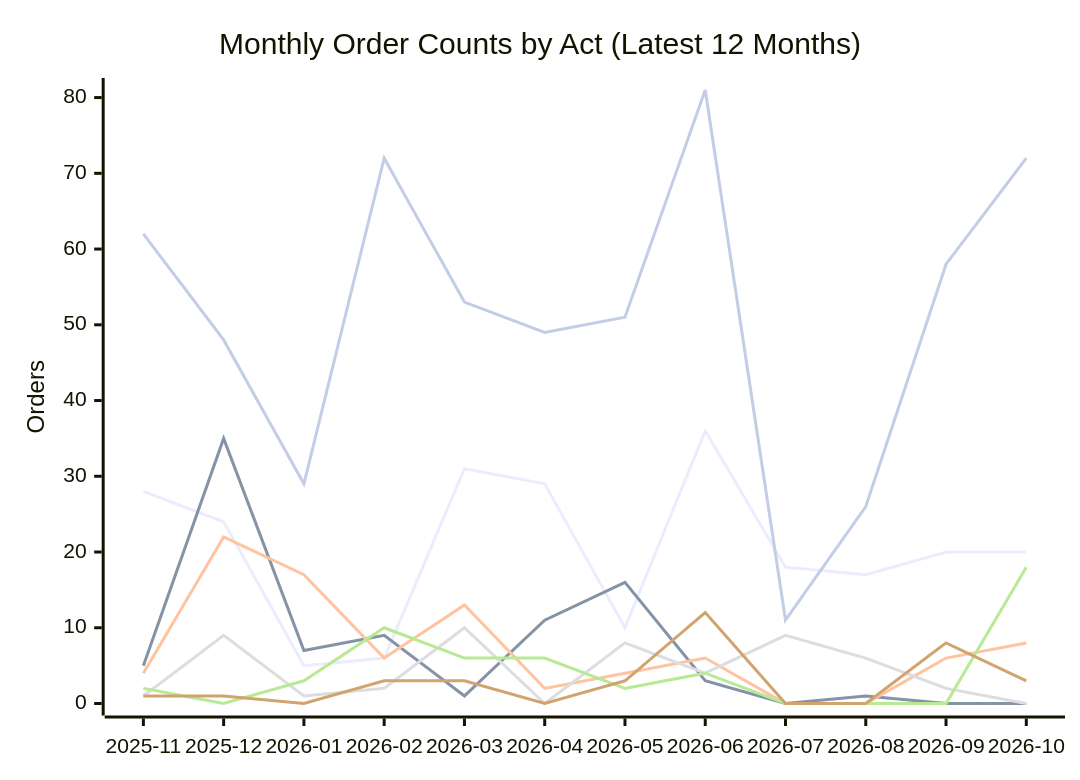
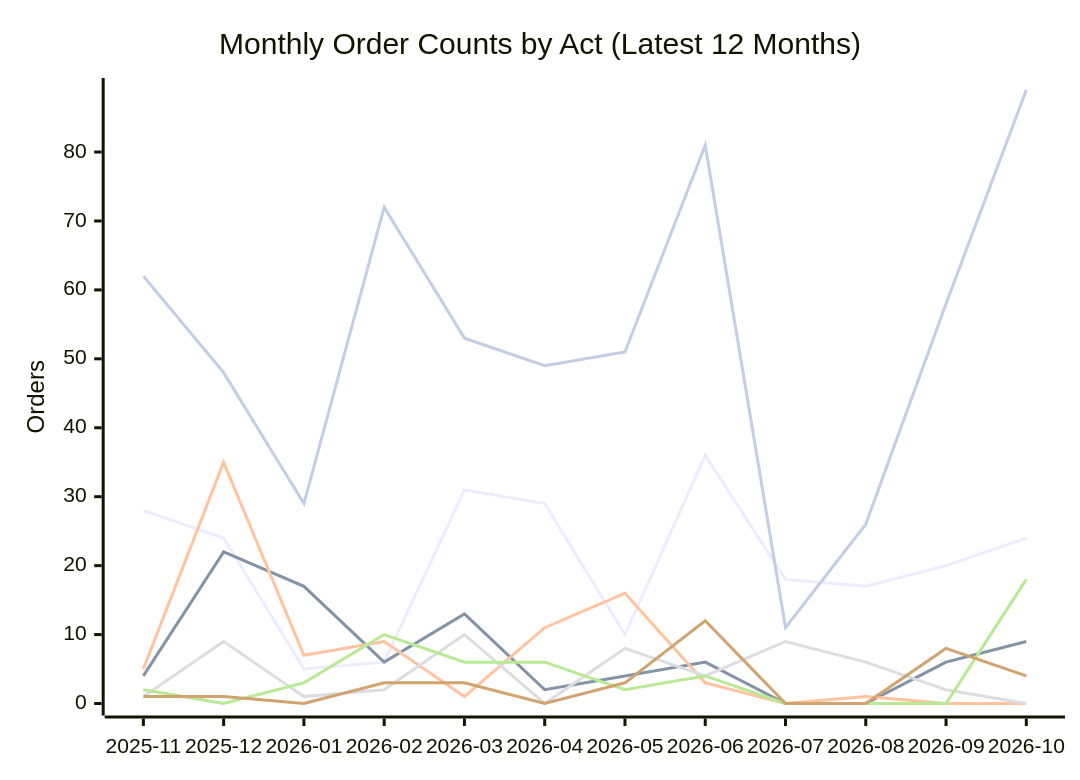
Before and after one commit to PatLittle/oic-data: the second of 2 diagrams in README.md, drawn with Mermaid. The commit also changed other lines of this file and 47 other files, not shown here.

````diff
--- a/README.md
+++ b/README.md
@@ -71,13 +71,13 @@
 ```mermaid
 xychart-beta
     title "Monthly Order Counts by Act (Latest 12 Months)"
     x-axis ["2025-11", "2025-12", "2026-01", "2026-02", "2026-03", "2026-04", "2026-05", "2026-06", "2026-07", "2026-08", "2026-09", "2026-10"]
-    y-axis "Orders" 0 --> 81
-    line [28, 24, 5, 6, 31, 29, 10, 36, 18, 17, 20, 20]
+    y-axis "Orders" 0 --> 89
+    line [28, 24, 5, 6, 31, 29, 10, 36, 18, 17, 20, 24]
+    line [4, 22, 17, 6, 13, 2, 4, 6, 0, 0, 6, 9]
     line [5, 35, 7, 9, 1, 11, 16, 3, 0, 1, 0, 0]
-    line [4, 22, 17, 6, 13, 2, 4, 6, 0, 0, 6, 8]
     line [1, 9, 1, 2, 10, 0, 8, 4, 9, 6, 2, 0]
     line [2, 0, 3, 10, 6, 6, 2, 4, 0, 0, 0, 18]
-    line [1, 1, 0, 3, 3, 0, 3, 12, 0, 0, 8, 3]
-    line [62, 48, 29, 72, 53, 49, 51, 81, 11, 26, 58, 72]
+    line [1, 1, 0, 3, 3, 0, 3, 12, 0, 0, 8, 4]
+    line [62, 48, 29, 72, 53, 49, 51, 81, 11, 26, 58, 89]
 ```
````
